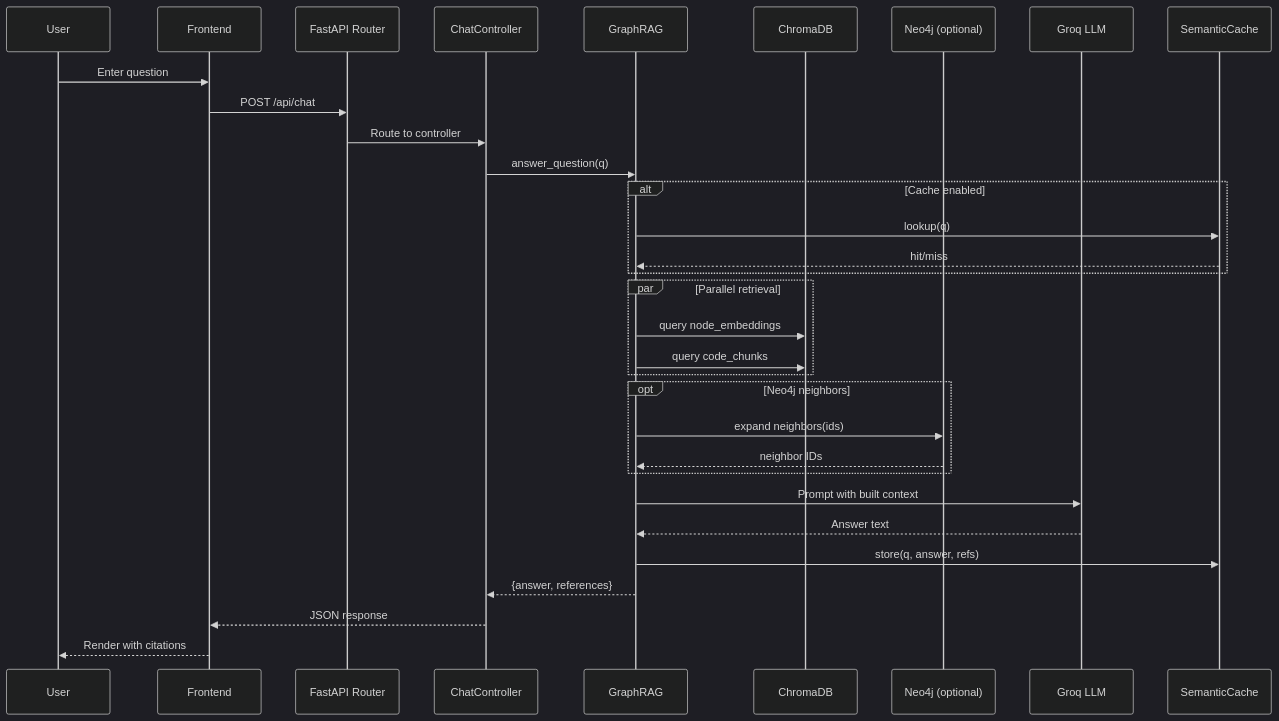
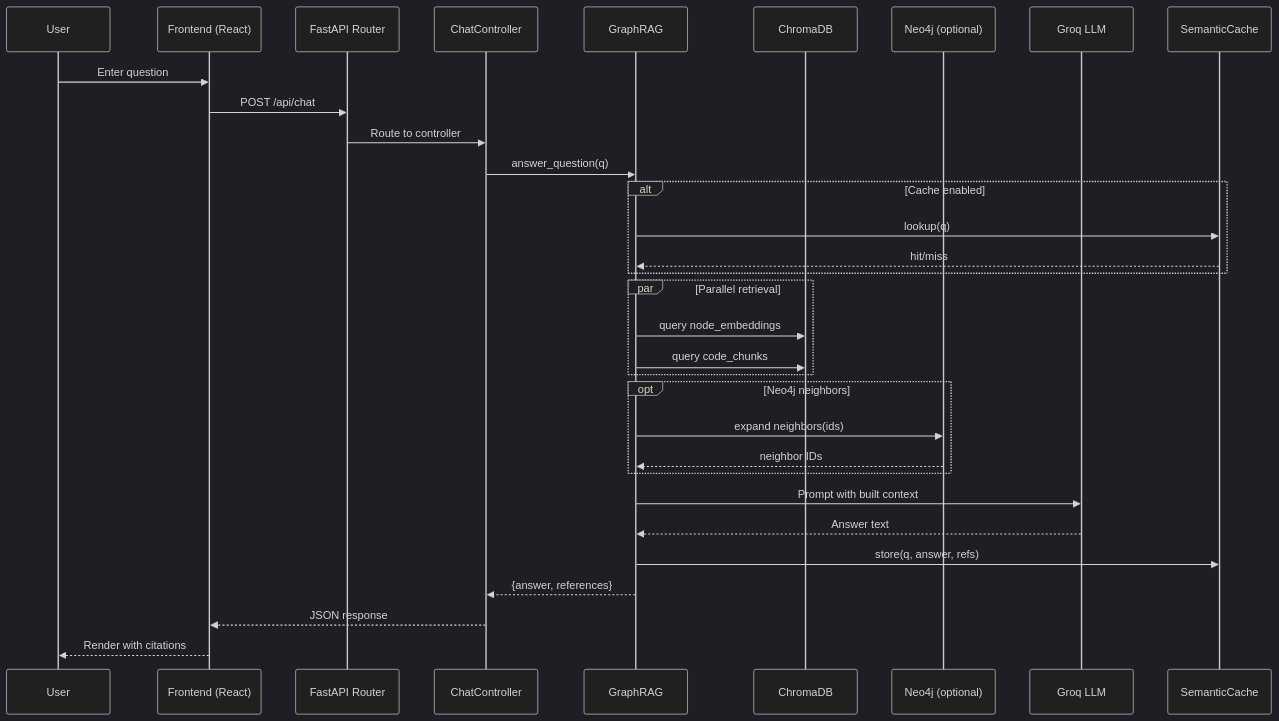
Before and after one commit to HarshiniAiyyer/CelerGraph: the third of 6 diagrams in detailed.md, drawn with Mermaid (dark theme). The commit also changed other lines of this file and 1 other file, not shown here.

````diff
--- a/detailed.md
+++ b/detailed.md
@@ -645,35 +648,35 @@
 ```mermaid
 sequenceDiagram
   participant U as User
-  participant FE as Frontend
+  participant FE as Frontend (React)
   participant API as FastAPI Router
   participant CC as ChatController
   participant RAG as GraphRAG
   participant CH as ChromaDB
   participant N4J as Neo4j (optional)
   participant LLM as Groq LLM
   participant SC as SemanticCache
 
   U->>FE: Enter question
   FE->>API: POST /api/chat
   API->>CC: Route to controller
   CC->>RAG: answer_question(q)
   alt Cache enabled
     RAG->>SC: lookup(q)
     SC-->>RAG: hit/miss
   end
   par Parallel retrieval
     RAG->>CH: query node_embeddings
     RAG->>CH: query code_chunks
   end
   opt Neo4j neighbors
     RAG->>N4J: expand neighbors(ids)
     N4J-->>RAG: neighbor IDs
   end
   RAG->>LLM: Prompt with built context
   LLM-->>RAG: Answer text
   RAG->>SC: store(q, answer, refs)
   RAG-->>CC: {answer, references}
   CC-->>FE: JSON response
   FE-->>U: Render with citations
 ```
````
